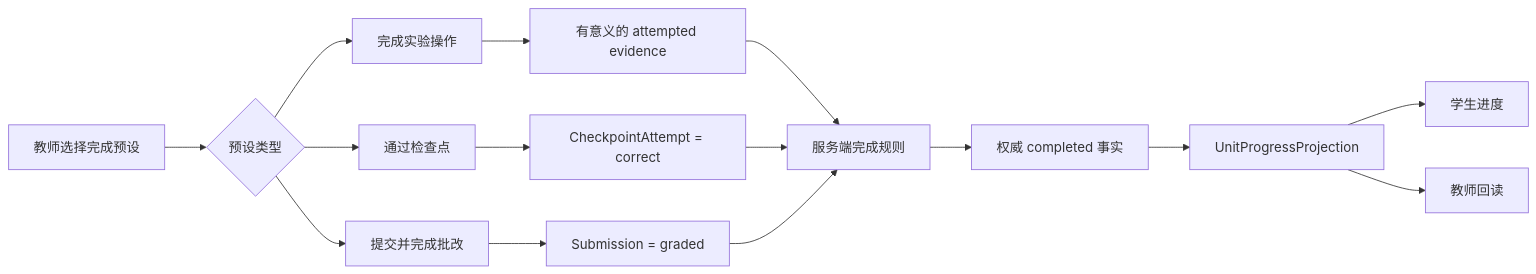
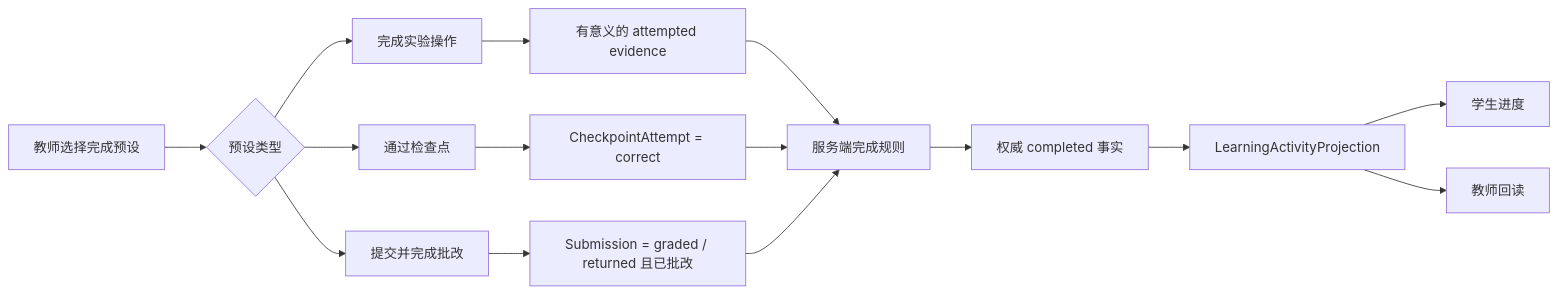
The second of 5 diagrams in doc/02-更新规划.md (falling-feather/Astra), drawn with Mermaid before and after one commit. The commit also changed other lines of this file, not shown here.

```diff
--- a/doc/02-更新规划.md
+++ b/doc/02-更新规划.md
@@ -444,19 +444,19 @@
 ~~~mermaid
 flowchart LR
     CONFIG[教师选择完成预设] --> CHOICE{预设类型}
     CHOICE --> EXP[完成实验操作]
     CHOICE --> CHECK[通过检查点]
     CHOICE --> ASSIGN[提交并完成批改]
 
     EXP --> EE[有意义的 attempted evidence]
     CHECK --> CA[CheckpointAttempt = correct]
-    ASSIGN --> SUB[Submission = graded]
+    ASSIGN --> SUB[Submission = graded / returned 且已批改]
 
     EE --> RULE[服务端完成规则]
     CA --> RULE
     SUB --> RULE
     RULE --> COMPLETE[权威 completed 事实]
-    COMPLETE --> PROJ[UnitProgressProjection]
+    COMPLETE --> PROJ[LearningActivityProjection]
     PROJ --> STUDENT[学生进度]
     PROJ --> TEACHER[教师回读]
 ~~~
```
